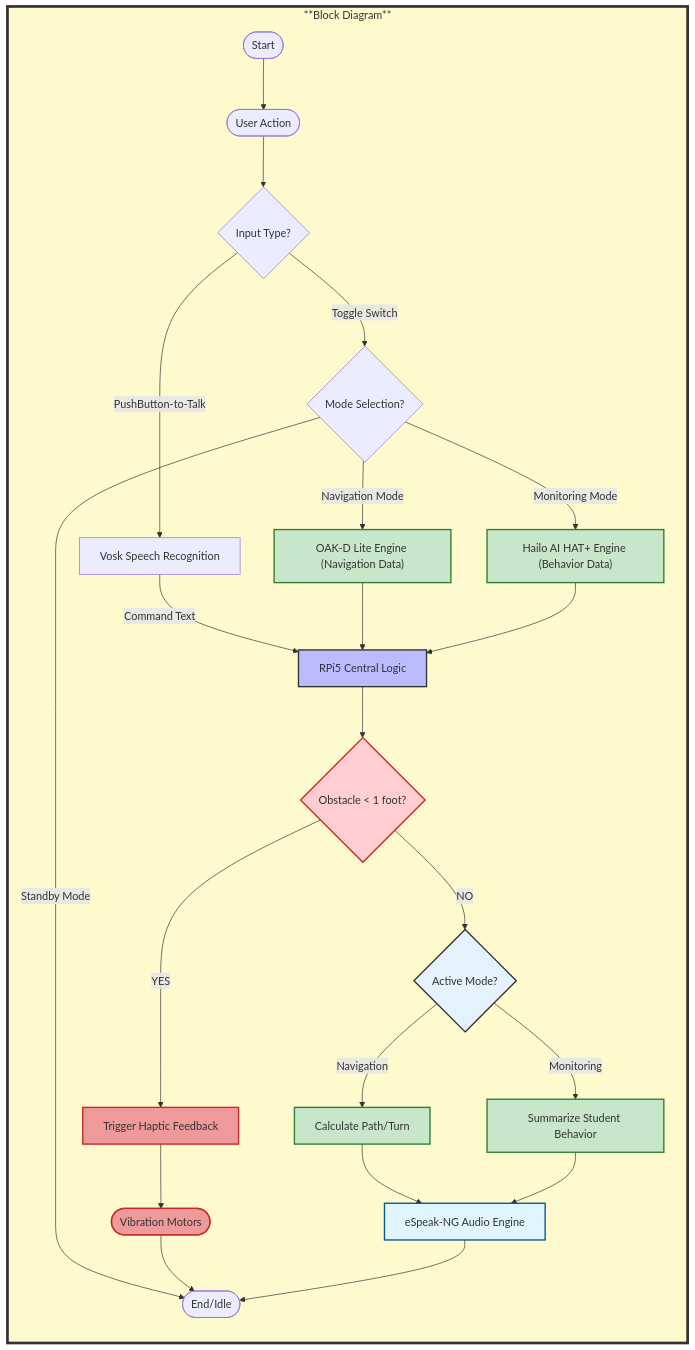
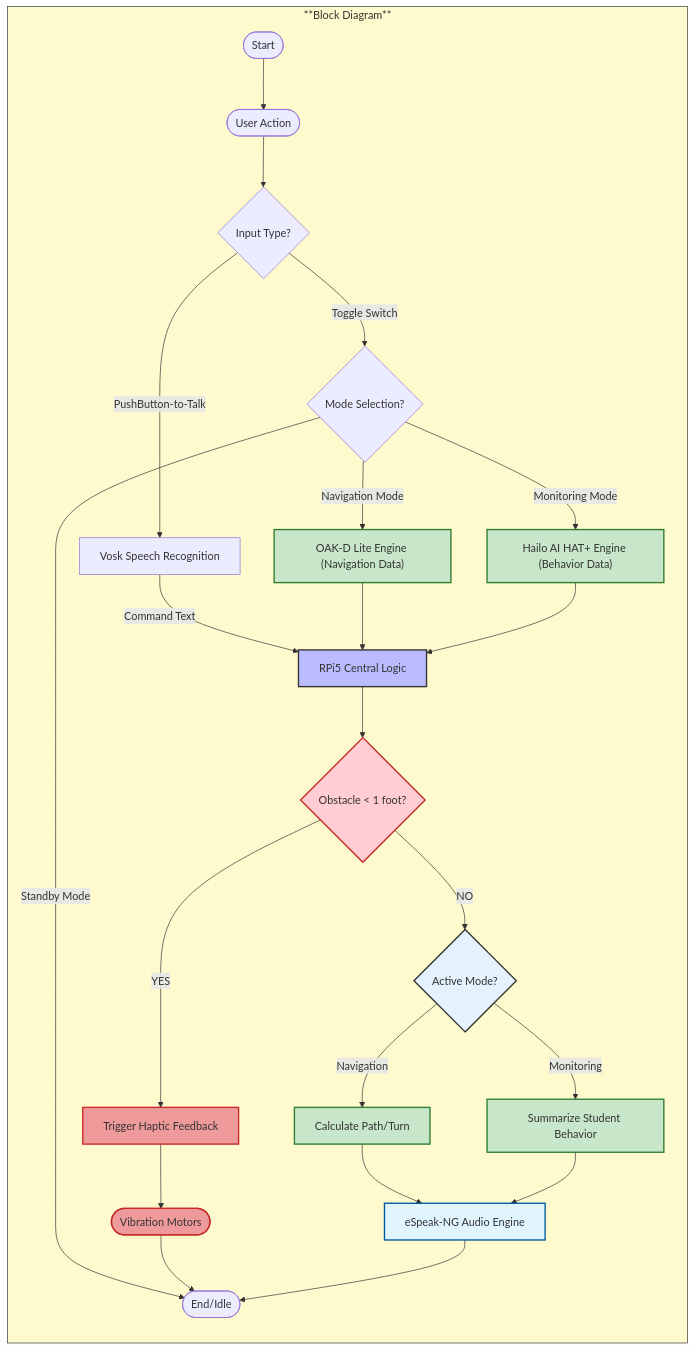
Before and after one commit to Sense-Say/SENSEY: the diagram in README.md, drawn with Mermaid.

````diff
--- a/README.md
+++ b/README.md
@@ -101,59 +101,59 @@
 ```mermaid
 graph TD
     %% Define the single, large system container
     subgraph SYSTEM_CONTAINER ["**Block Diagram**"]
         direction TB
         %% 0. Start
         Z([Start]) -->
 
         %% 1. Input Flow
         A([User Action]) --> B{Input Type?}
         
         B -->|Toggle Switch| C{Mode Selection?}
         B -->|PushButton-to-Talk| D["Vosk Speech Recognition"]
         D -->|Command Text| RPICPU
 
         %% 2. Mode Activation & Data Flow
         C -->|Navigation Mode| E["OAK-D Lite Engine (Navigation Data)"]
         C -->|Monitoring Mode| F["Hailo AI HAT+ Engine (Behavior Data)"]
         C -->|Standby Mode| K([End/Idle])
         
         E --> RPICPU
         F --> RPICPU
         
         %% 3. Central Processing & Safety Check
         RPICPU[RPi5 Central Logic] --> H{Obstacle < 1 foot?}
 
         %% 4. Decision Branches & Output
         
         %% Critical Safety Path - Haptic Only
         H -->|YES| I["Trigger Haptic Feedback"]
         I --> J([Vibration Motors])
         
         %% Normal Operation Path
         H -->|NO| L{Active Mode?}
         
         L -->|Navigation| M["Calculate Path/Turn"]
         L -->|Monitoring| N["Summarize Student Behavior"]
         
         M --> O["eSpeak-NG Audio Engine"]
         N --> O
     end
 
     %% Connect Outputs to the Final End State
     J --> K
     O --> K
 
     %% --- Styling for Clarity ---
-    style SYSTEM_CONTAINER fill:#fffacd,stroke:#333,stroke-width:4px;
+    style SYSTEM_CONTAINER fill:#fffacd,stroke:#333,stroke-width:1px;
     style H fill:#ffcdd2,stroke:#c62828,stroke-width:2px
     style I fill:#ef9a9a,stroke:#c62828,stroke-width:2px
     style J fill:#ef9a9a,stroke:#c62828,stroke-width:2px
     style L fill:#e3f2fd,stroke:#333,stroke-width:2px
     style M fill:#c8e6c9,stroke:#2e7d32,stroke-width:2px
     style N fill:#c8e6c9,stroke:#2e7d32,stroke-width:2px
     style E fill:#c8e6c9,stroke:#2e7d32,stroke-width:2px
     style F fill:#c8e6c9,stroke:#2e7d32,stroke-width:2px
     style O fill:#e1f5fe,stroke:#01579b,stroke-width:2px
     style RPICPU fill:#bbf,stroke:#333,stroke-width:2px
 ```
````
